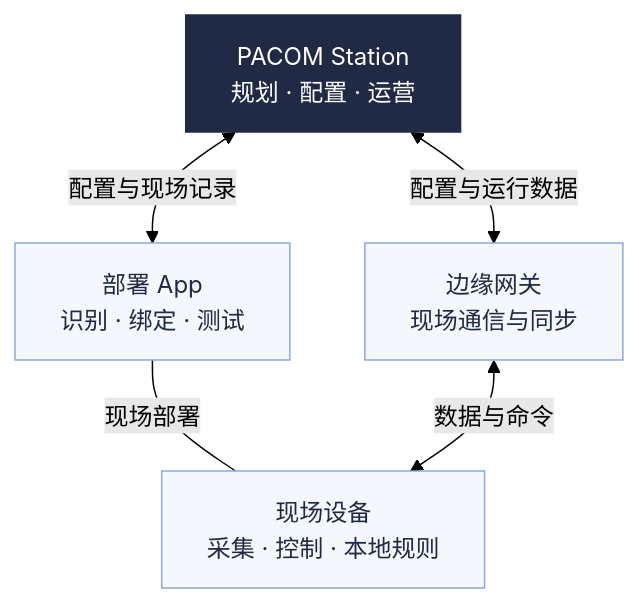
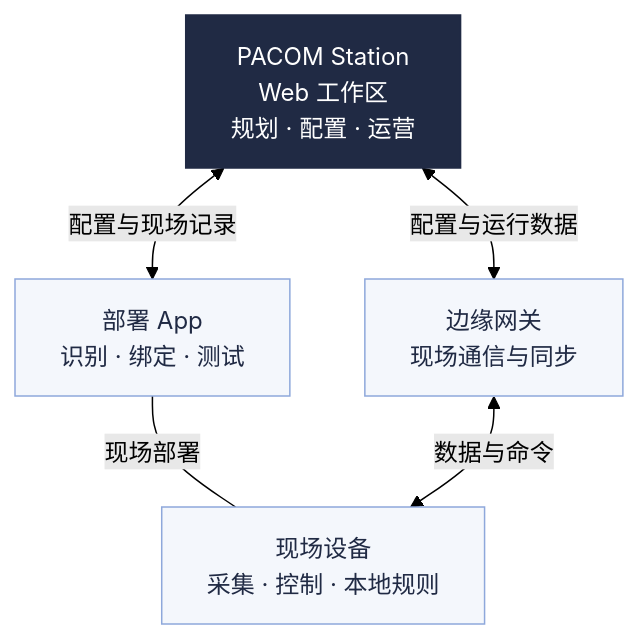
Before and after one commit to PACOMSPACE/pacom-docs: the diagram in platform/introduction.mdx, drawn with Mermaid (forest theme). The commit also changed other lines of this file and 8 other files, not shown here.

````diff
--- a/platform/introduction.mdx
+++ b/platform/introduction.mdx
@@ -14,15 +14,15 @@
 ```mermaid actions={false}
 flowchart TB
-  S["PACOM Station<br/>规划 · 配置 · 运营"]
+  S["PACOM Station<br/>Web 工作区<br/>规划 · 配置 · 运营"]
   A["部署 App<br/>识别 · 绑定 · 测试"]
   G["边缘网关<br/>现场通信与同步"]
   D["现场设备<br/>采集 · 控制 · 本地规则"]
   S <-->|配置与现场记录| A
   S <-->|配置与运行数据| G
   A ---|现场部署| D
   G <-->|数据与命令| D
   classDef platform fill:#202A44,color:#ffffff,stroke:#202A44
   classDef component fill:#F4F7FC,color:#202A44,stroke:#8EA8DB
   class S platform
   class A,G,D component
 ```
````
